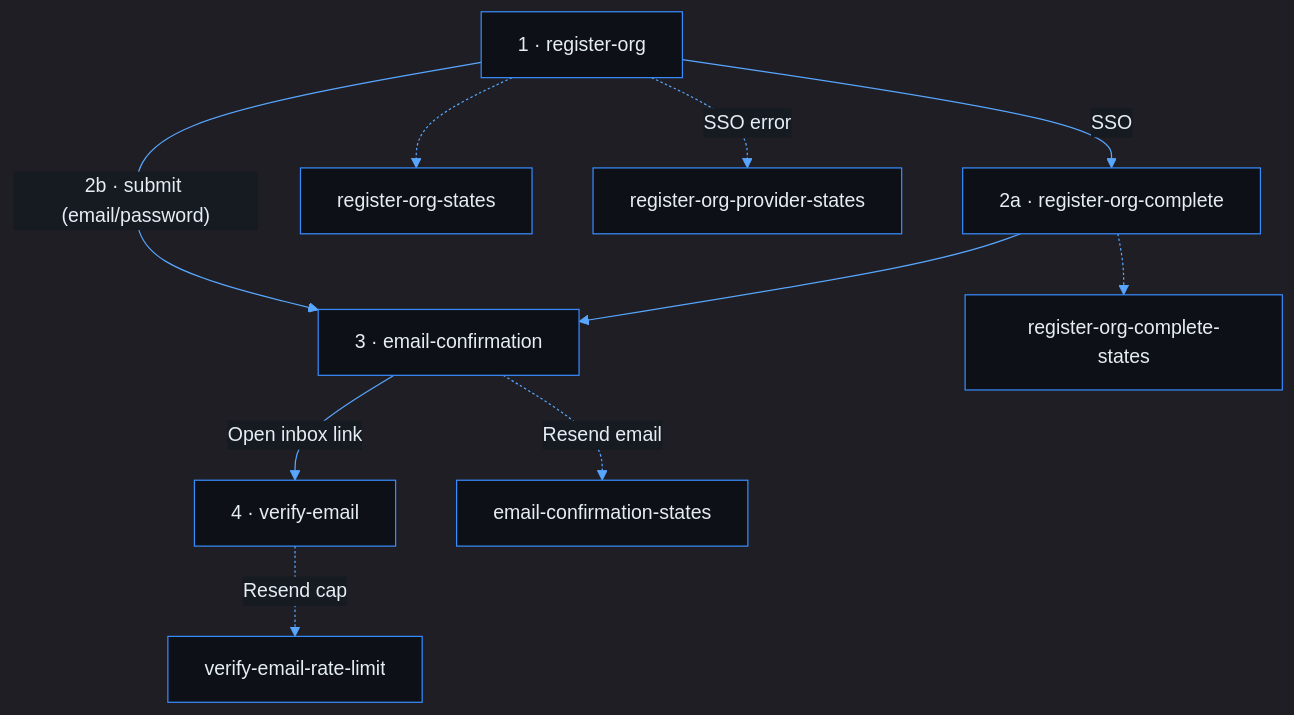
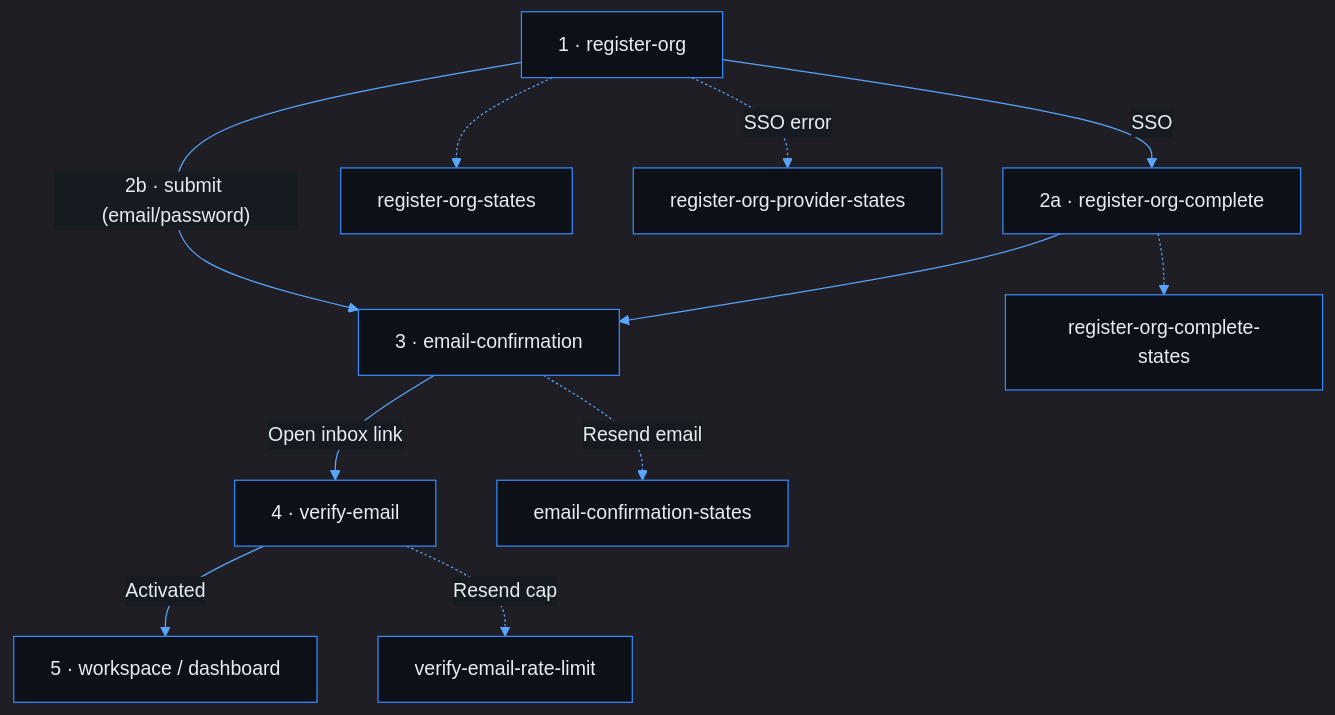
One commit to phuongnse/axis changed the first of 3 diagrams in docs/use-cases/platform-foundation/register-org/README.md. Above: the diagram before and after it, drawn with Mermaid. The commit also changed other lines of this file and 2 other files, not shown here.

First line of the commit message:
docs: consolidate register-org diagrams into journey + cases

````diff
--- a/docs/use-cases/platform-foundation/register-org/README.md
+++ b/docs/use-cases/platform-foundation/register-org/README.md
@@ -122,23 +122,24 @@
 ```mermaid
 %%{init: {'theme':'dark','themeVariables':{'background':'#0d1117','mainBkg':'#0d1117','primaryColor':'#161b22','primaryBorderColor':'#388bfd','primaryTextColor':'#e6edf3','secondaryColor':'#21262d','secondaryBorderColor':'#388bfd','secondaryTextColor':'#e6edf3','tertiaryColor':'#161b22','tertiaryTextColor':'#e6edf3','lineColor':'#58a6ff','textColor':'#e6edf3','nodeBorder':'#388bfd','clusterBkg':'#161b22','clusterBorder':'#388bfd','titleColor':'#e6edf3','edgeLabelBackground':'#161b22','actorBkg':'#161b22','actorBorder':'#388bfd','actorTextColor':'#e6edf3','signalColor':'#58a6ff','labelBoxBkgColor':'#161b22','labelBoxBorderColor':'#388bfd','noteBkgColor':'#161b22','noteBorderColor':'#388bfd','noteTextColor':'#c9d1d9','activationBkgColor':'#30363d'}}}%%
 flowchart TD
   entry["1 · register-org"]
   complete["2a · register-org-complete"]
   confirm["3 · email-confirmation"]
   verify["4 · verify-email"]
   errEntry["register-org-states"]
   errComplete["register-org-complete-states"]
   errProvider["register-org-provider-states"]
   errResend["email-confirmation-states"]
   errVerifyRl["verify-email-rate-limit"]
 
   entry -->|"2b · submit (email/password)"| confirm
   entry -->|SSO| complete
   complete --> confirm
   confirm -->|Open inbox link| verify
+  verify -->|Activated| provision["5 · workspace / dashboard"]
   entry -.-> errEntry
   complete -.-> errComplete
   entry -.->|SSO error| errProvider
   confirm -.->|Resend email| errResend
   verify -.->|Resend cap| errVerifyRl
 ```
````
